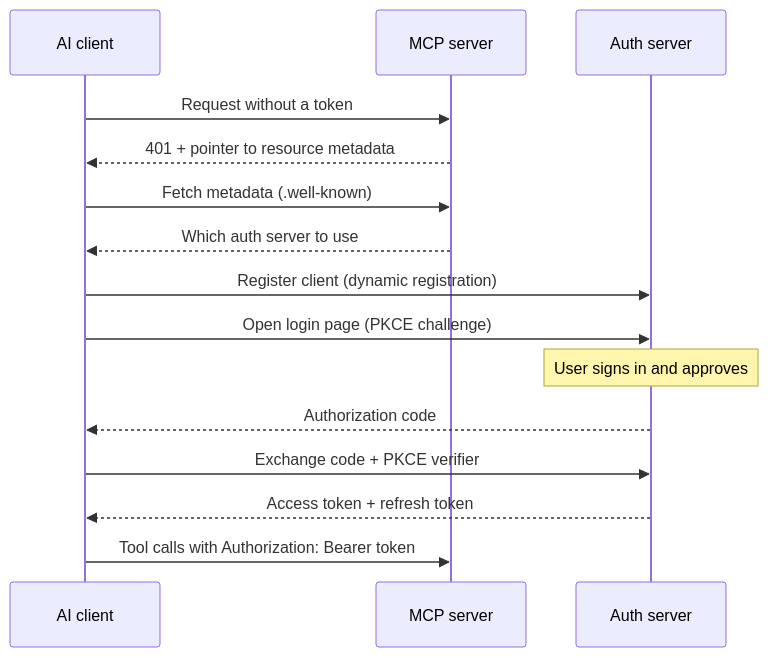
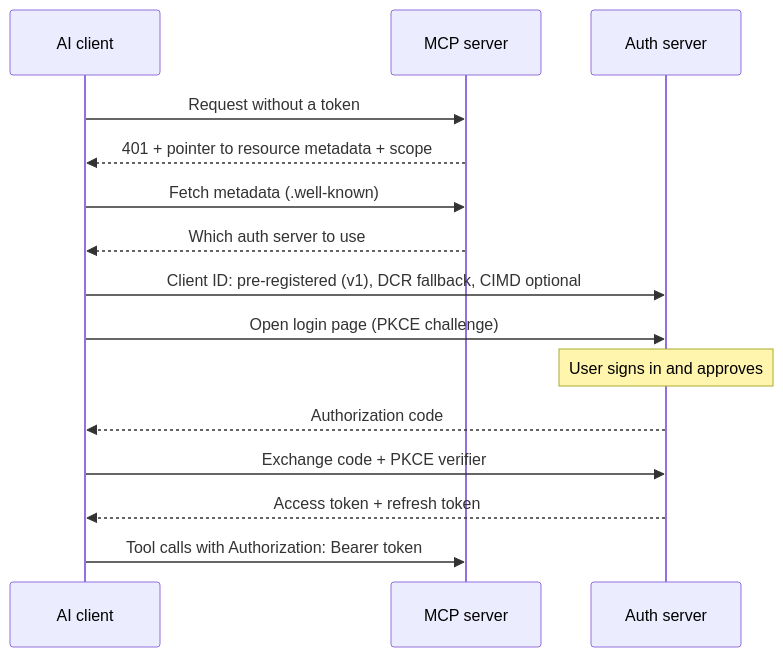
Before and after one commit to DebugSaad/Remote-Multi-Tenant-MCP-Server: the second of 4 diagrams in docs/architecture.md, drawn with Mermaid. The commit also changed other lines of this file and 3 other files, not shown here.

````diff
--- a/docs/architecture.md
+++ b/docs/architecture.md
@@ -107,17 +107,17 @@
 ```mermaid
 sequenceDiagram
     participant C as AI client
     participant S as MCP server
     participant A as Auth server
     C->>S: Request without a token
-    S-->>C: 401 + pointer to resource metadata
+    S-->>C: 401 + pointer to resource metadata + scope
     C->>S: Fetch metadata (.well-known)
     S-->>C: Which auth server to use
-    C->>A: Register client (dynamic registration)
+    C->>A: Client ID: pre-registered (v1), DCR fallback, CIMD optional
     C->>A: Open login page (PKCE challenge)
     Note over A: User signs in and approves
     A-->>C: Authorization code
     C->>A: Exchange code + PKCE verifier
     A-->>C: Access token + refresh token
     C->>S: Tool calls with Authorization: Bearer token
 ```
````
